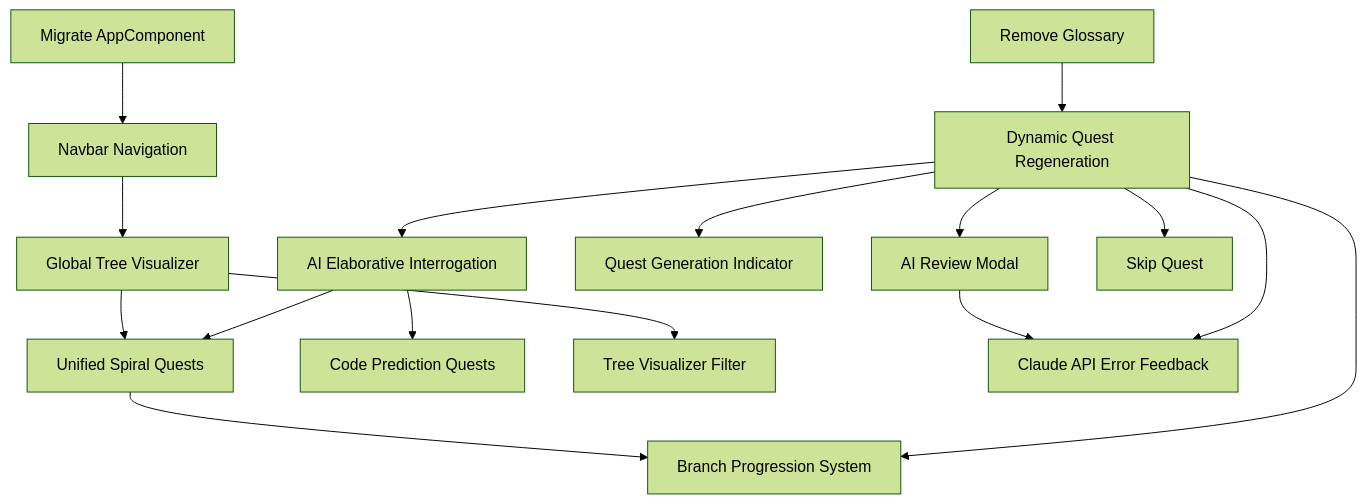
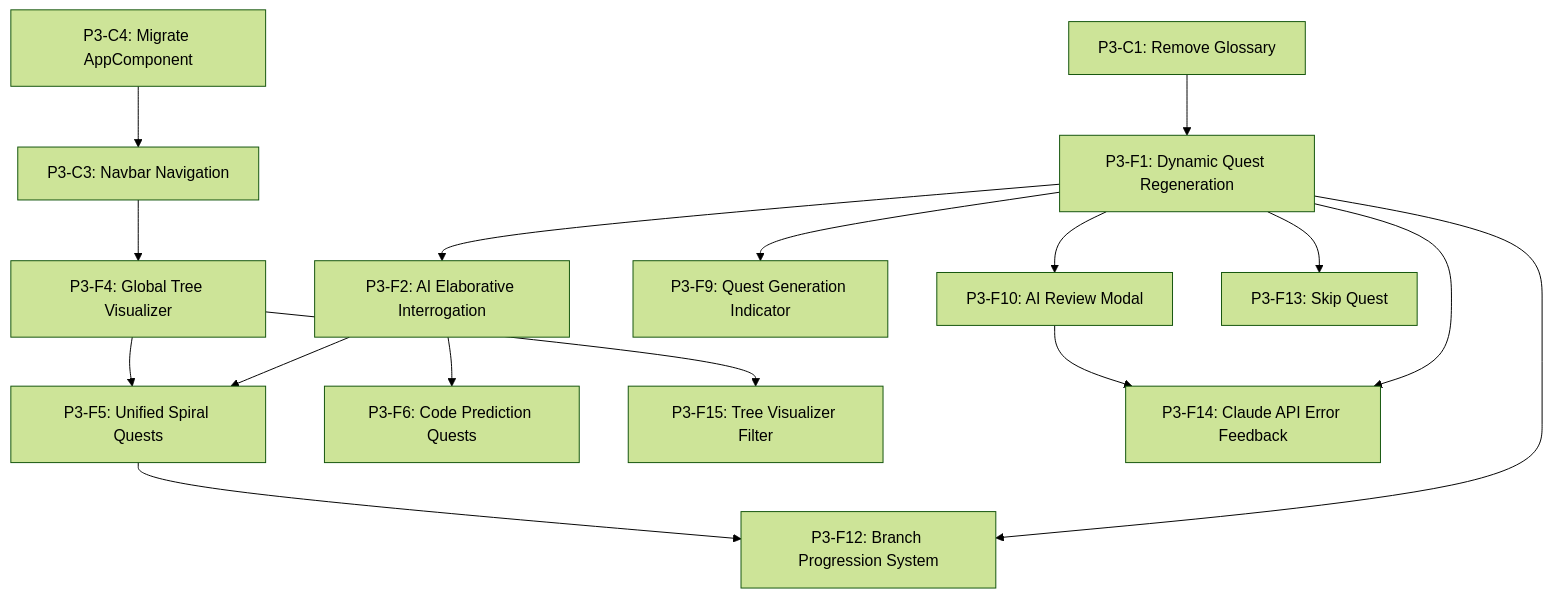
The diagram in design/phase3/phase3_main.md (gocklkatz/cos-quest-master), drawn with Mermaid (forest theme) before and after one commit. The commit also changed other lines of this file and 35 other files, not shown here.

````diff
--- a/design/phase3/phase3_main.md
+++ b/design/phase3/phase3_main.md
@@ -76,18 +76,18 @@
 ```mermaid
 graph TD
-    C1[Remove Glossary] --> F1[Dynamic Quest Regeneration]
-    F1 --> F2[AI Elaborative Interrogation]
-    F2 --> F5[Unified Spiral Quests]
-    F2 --> F6[Code Prediction Quests]
-    F4[Global Tree Visualizer] --> F5
-    F4 --> F15[Tree Visualizer Filter]
-    C4[Migrate AppComponent] --> C3
-    C3[Navbar Navigation] --> F4
-    F1 --> F9[Quest Generation Indicator]
-    F1 --> F10[AI Review Modal]
-    F1 --> F12[Branch Progression System]
+    C1[P3-C1: Remove Glossary] --> F1[P3-F1: Dynamic Quest Regeneration]
+    F1 --> F2[P3-F2: AI Elaborative Interrogation]
+    F2 --> F5[P3-F5: Unified Spiral Quests]
+    F2 --> F6[P3-F6: Code Prediction Quests]
+    F4[P3-F4: Global Tree Visualizer] --> F5
+    F4 --> F15[P3-F15: Tree Visualizer Filter]
+    C4[P3-C4: Migrate AppComponent] --> C3
+    C3[P3-C3: Navbar Navigation] --> F4
+    F1 --> F9[P3-F9: Quest Generation Indicator]
+    F1 --> F10[P3-F10: AI Review Modal]
+    F1 --> F12[P3-F12: Branch Progression System]
     F5 --> F12
-    F1 --> F13[Skip Quest]
-    F1 --> F14[Claude API Error Feedback]
+    F1 --> F13[P3-F13: Skip Quest]
+    F1 --> F14[P3-F14: Claude API Error Feedback]
     F10 --> F14
 ```
````
